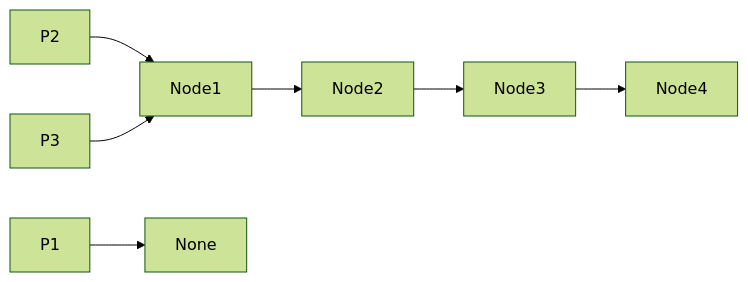
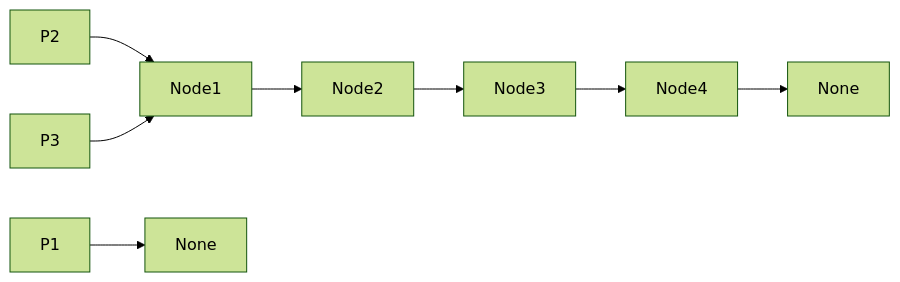
One commit to davidanukam/LeetCode-Learning changed the first of 5 diagrams in Linked List/206. Reverse Linked List.md. Above: the diagram before and after it, drawn with Mermaid (forest theme).

Commit message:
vault backup: 2026-08-22 21:53:51

````diff
--- a/Linked List/206. Reverse Linked List.md
+++ b/Linked List/206. Reverse Linked List.md
@@ -34,10 +34,11 @@
 ```mermaid
 flowchart LR    
     Node1 --> Node2
     Node2 --> Node3
     Node3 --> Node4
+    Node4 --> None2[None]
     
     P1 --> None
     P2 --> Node1
     P3 --> Node1
 ```
````
